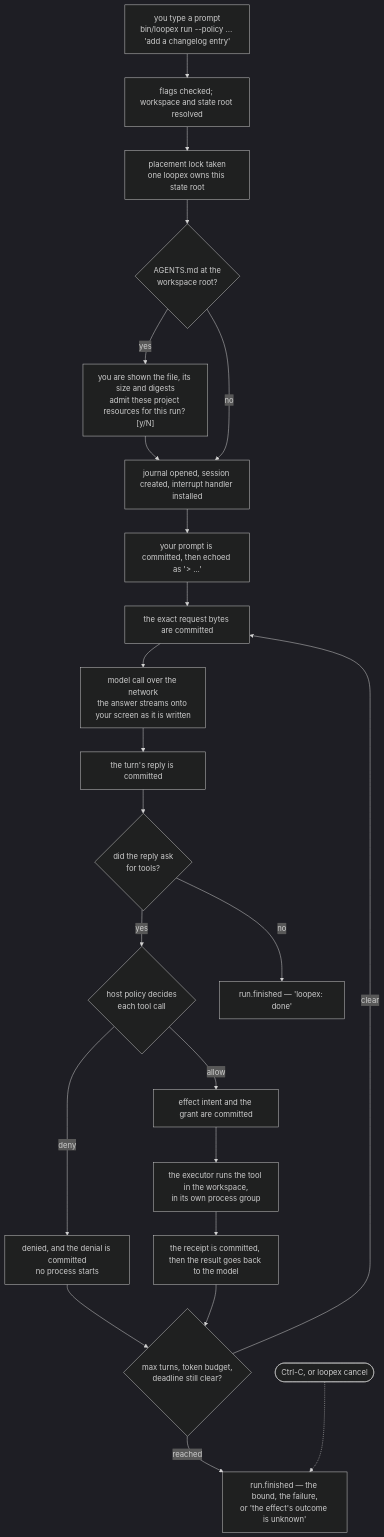
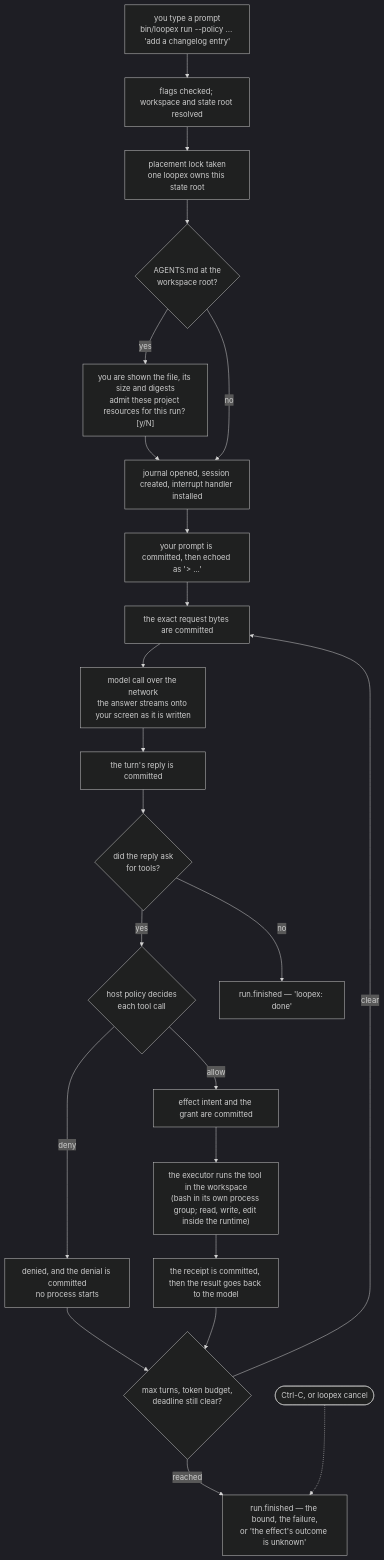
Before and after one commit to lexlapax/loopex: the first of 2 diagrams in docs/operator/how-a-run-works.md, drawn with Mermaid (dark theme). The commit also changed 8 other files, not shown here.

````diff
--- a/docs/operator/how-a-run-works.md
+++ b/docs/operator/how-a-run-works.md
@@ -50,35 +50,35 @@
 ```mermaid
 flowchart TD
     TYPE["you type a prompt<br/>bin/loopex run --policy ... 'add a changelog entry'"]
     CHECK["flags checked; workspace and state root resolved"]
     LOCK["placement lock taken<br/>one loopex owns this state root"]
     FOUND{"AGENTS.md at the<br/>workspace root?"}
     ASK["you are shown the file, its size and digests<br/>admit these project resources for this run? [y/N]"]
     OPEN["journal opened, session created, interrupt handler installed"]
     PROMPT["your prompt is committed, then echoed as '&gt; ...'"]
     STAGE["the exact request bytes are committed"]
     MODEL["model call over the network<br/>the answer streams onto your screen as it is written"]
     REPLY["the turn's reply is committed"]
     WANTS{"did the reply ask<br/>for tools?"}
     POLICY{"host policy decides<br/>each tool call"}
     DENY["denied, and the denial is committed<br/>no process starts"]
     GRANT["effect intent and the grant are committed"]
-    RUNTOOL["the executor runs the tool in the workspace,<br/>in its own process group"]
+    RUNTOOL["the executor runs the tool in the workspace<br/>(bash in its own process group; read, write, edit inside the runtime)"]
     RECEIPT["the receipt is committed, then the result goes back to the model"]
     BOUNDS{"max turns, token budget,<br/>deadline still clear?"}
     DONE["run.finished — 'loopex: done'"]
     STOP["run.finished — the bound, the failure,<br/>or 'the effect's outcome is unknown'"]
     CTRLC(["Ctrl-C, or loopex cancel"])
 
     TYPE --> CHECK --> LOCK --> FOUND
     FOUND -- yes --> ASK --> OPEN
     FOUND -- no --> OPEN
     OPEN --> PROMPT --> STAGE --> MODEL --> REPLY --> WANTS
     WANTS -- no --> DONE
     WANTS -- yes --> POLICY
     POLICY -- deny --> DENY --> BOUNDS
     POLICY -- allow --> GRANT --> RUNTOOL --> RECEIPT --> BOUNDS
     BOUNDS -- clear --> STAGE
     BOUNDS -- reached --> STOP
     CTRLC -.-> STOP
 ```
````
